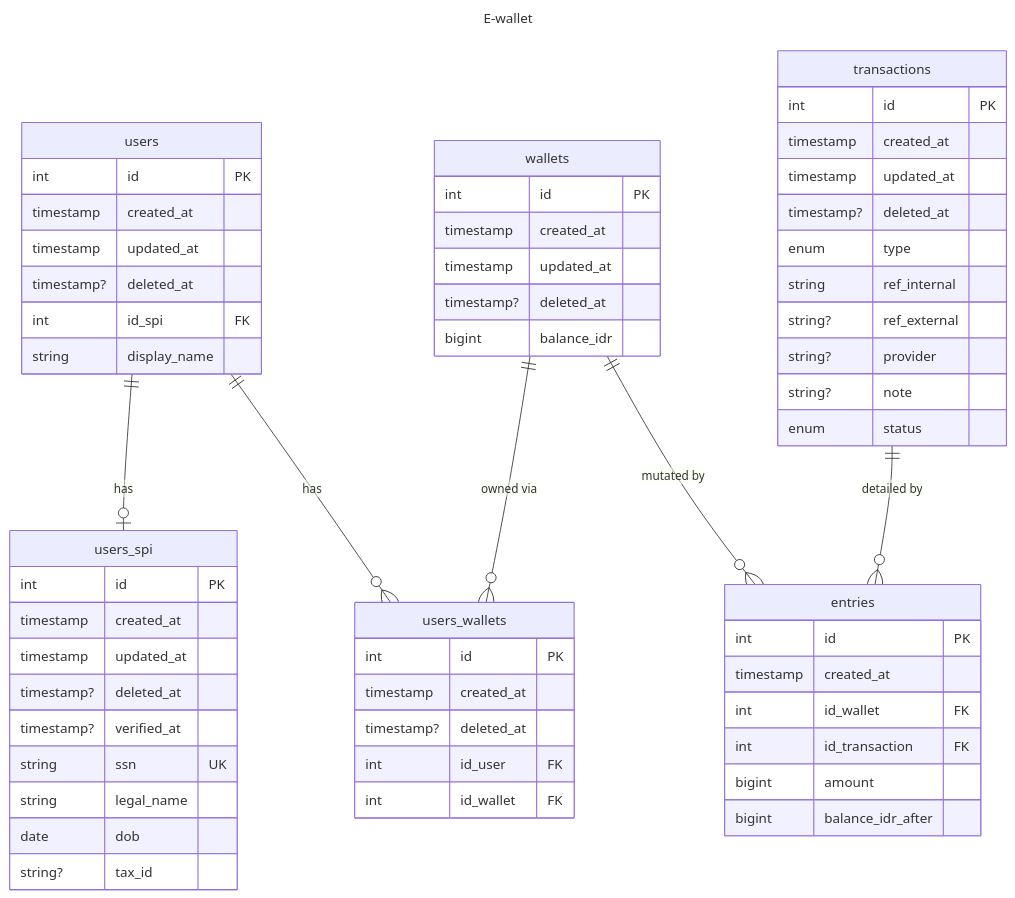
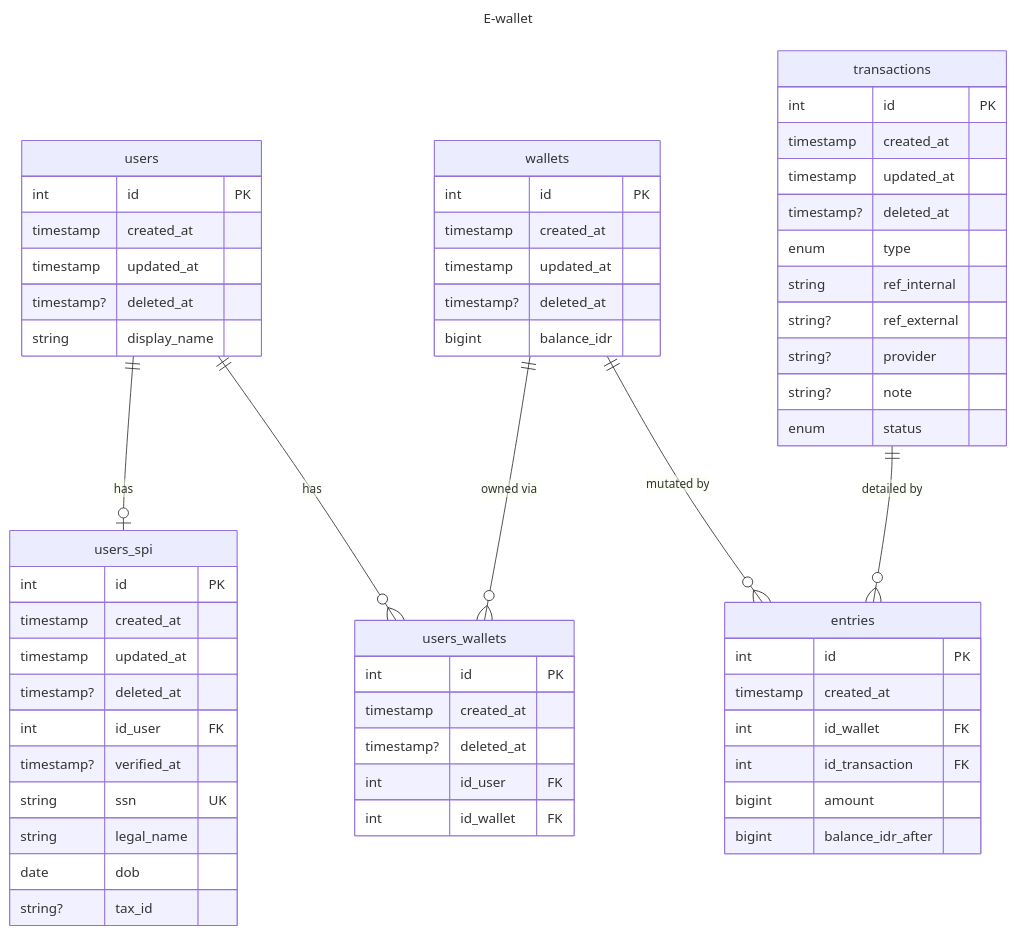
One commit to ryansuhartanto/koda-b8-ewallet-cli changed the diagram in README.md. Above: the diagram before and after it, drawn with Mermaid.

Commit message:
refactor: reference user in spi

```diff
--- a/README.md
+++ b/README.md
@@ -23,10 +23,7 @@
     timestamp  updated_at
     timestamp? deleted_at
 
-    int id_spi FK
-
     string display_name
-
 }
 
 users_spi {
@@ -36,6 +33,7 @@
     timestamp  updated_at
     timestamp? deleted_at
 
+    int        id_user     FK
     timestamp? verified_at
 
     string ssn        UK
```
